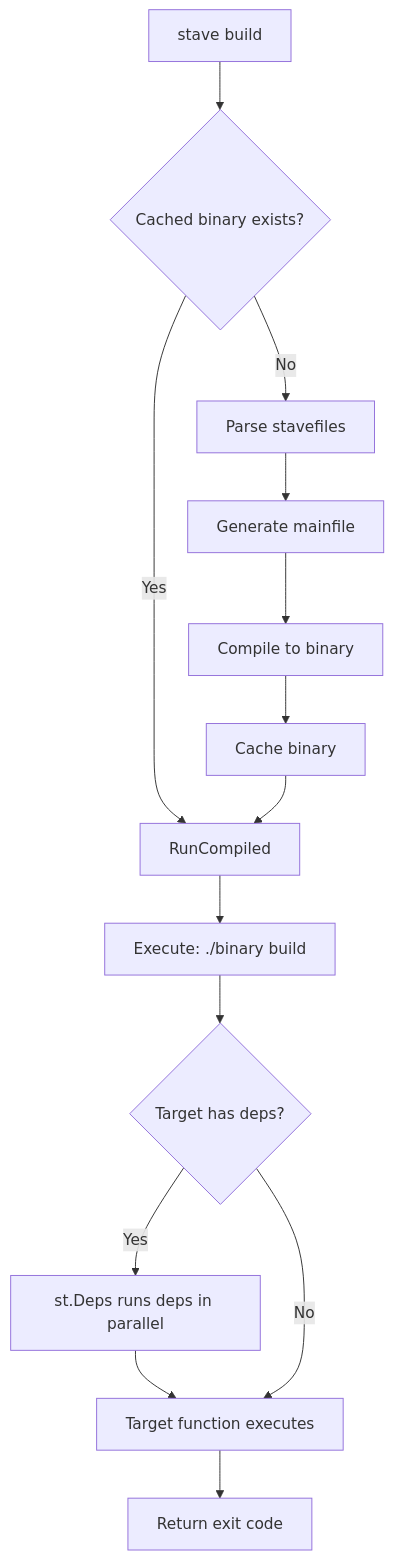
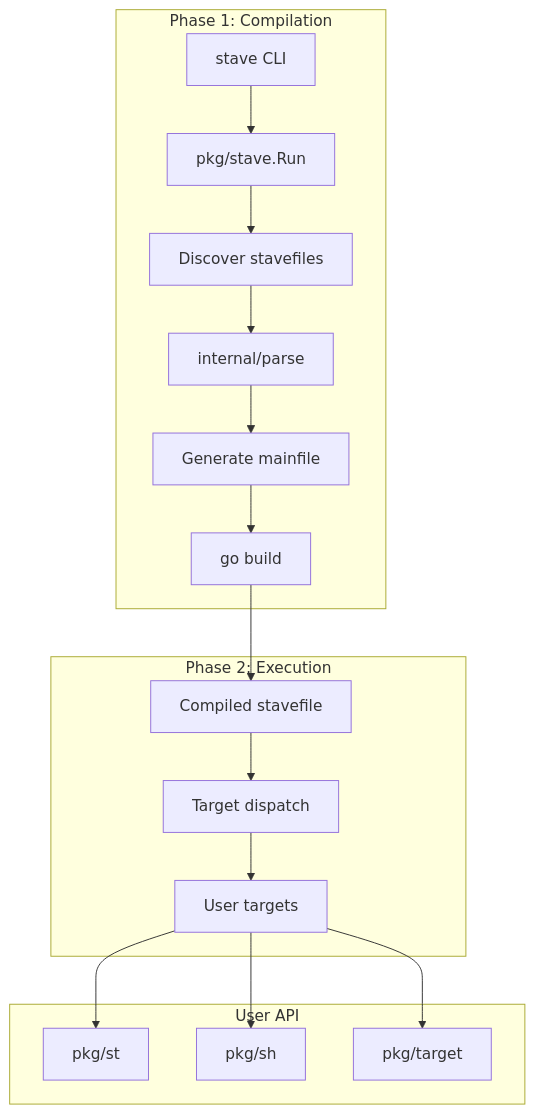
The first of 3 diagrams in docs/contributing/architecture.md (yaklabco/stave), drawn with Mermaid before and after one commit. The commit also changed other lines of this file and 26 other files, not shown here.

````diff
--- a/docs/contributing/architecture.md
+++ b/docs/contributing/architecture.md
@@ -294,16 +14,22 @@
 ```mermaid
 graph TD
-    A[stave build] --> B{Cached binary exists?}
-    B -->|Yes| C[RunCompiled]
-    B -->|No| D[Parse stavefiles]
-    D --> E[Generate mainfile]
-    E --> F[Compile to binary]
-    F --> G[Cache binary]
-    G --> C
-    C --> H[Execute: ./binary build]
-    H --> I{Target has deps?}
-    I -->|Yes| J[st.Deps runs deps in parallel]
-    J --> K[Target function executes]
-    I -->|No| K
-    K --> L[Return exit code]
+    subgraph "Phase 1: Compilation"
+        CLI[stave CLI] --> Run[pkg/stave.Run]
+        Run --> Scan[Discover stavefiles]
+        Scan --> Parse[internal/parse]
+        Parse --> Gen[Generate mainfile]
+        Gen --> Compile[go build]
+    end
+
+    subgraph "Phase 2: Execution"
+        Compile --> Binary[Compiled stavefile]
+        Binary --> Dispatch[Target dispatch]
+        Dispatch --> UserCode[User targets]
+    end
+
+    subgraph "User API"
+        UserCode --> ST[pkg/st]
+        UserCode --> SH[pkg/sh]
+        UserCode --> Target[pkg/target]
+    end
 ```
````
